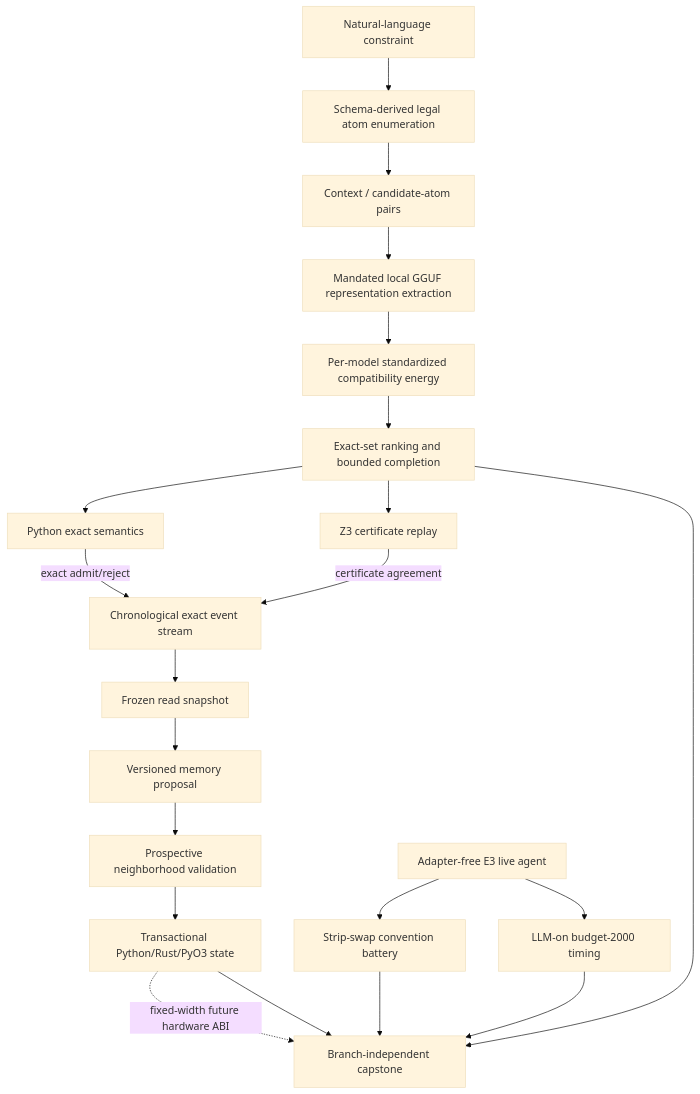
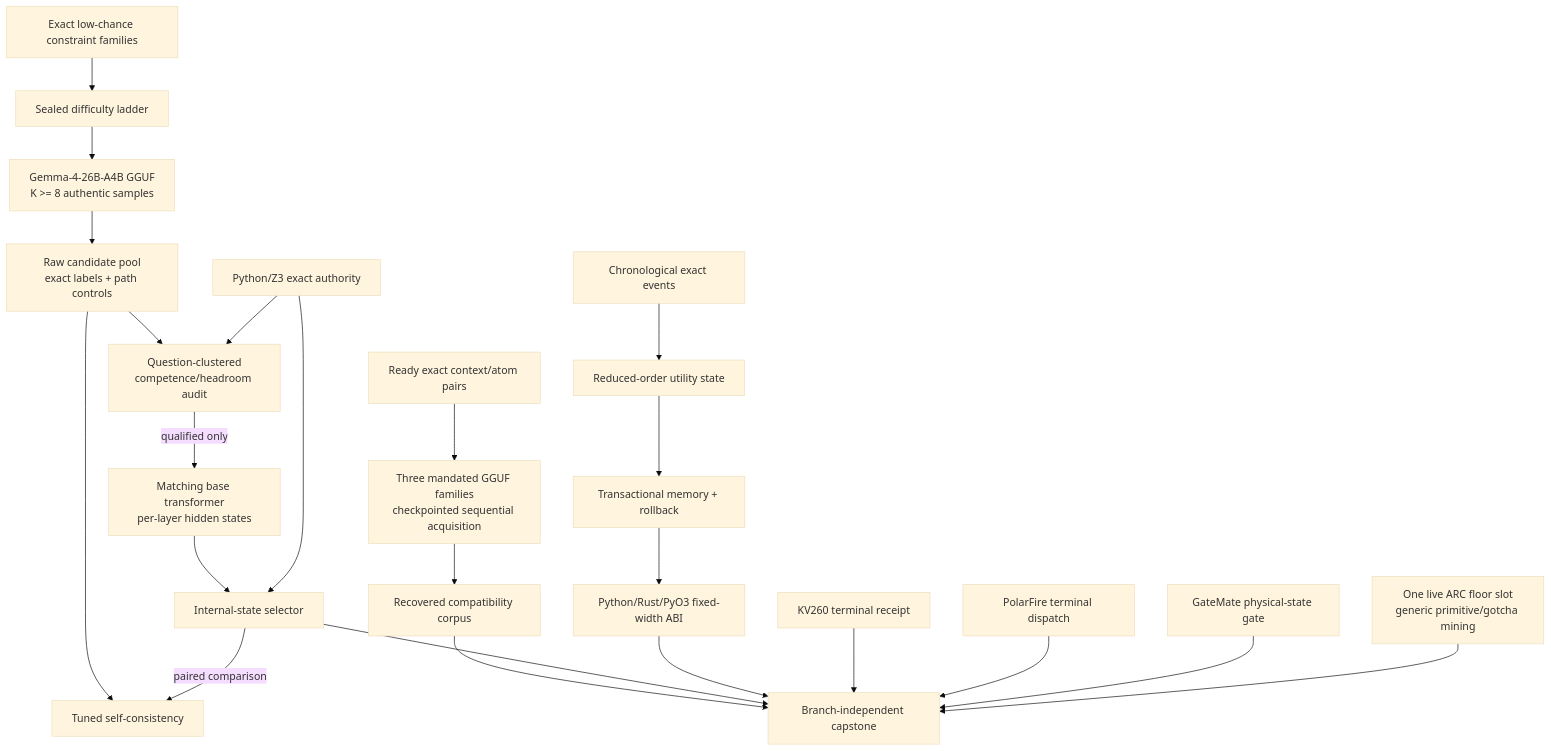
Before and after one commit to Carnot-EBM/carnot-ebm: the diagram in openspec/change-proposals/research-roadmap-vNEXT.md, drawn with Mermaid (base theme). The commit also changed other lines of this file and 7 other files, not shown here.

````diff
--- a/openspec/change-proposals/research-roadmap-vNEXT.md
+++ b/openspec/change-proposals/research-roadmap-vNEXT.md
@@ -86,32 +102,45 @@
 ```mermaid
 flowchart TD
-    NL[Natural-language constraint]
-    ENUM[Schema-derived legal atom enumeration]
-    PAIR[Context / candidate-atom pairs]
-    GGUF[Mandated local GGUF representation extraction]
-    ENERGY[Per-model standardized compatibility energy]
-    SET[Exact-set ranking and bounded completion]
-    PY[Python exact semantics]
-    Z3[Z3 certificate replay]
-    EVENT[Chronological exact event stream]
-    SNAP[Frozen read snapshot]
-    PROPOSE[Versioned memory proposal]
-    FUTURE[Prospective neighborhood validation]
-    STATE[Transactional Python/Rust/PyO3 state]
-    ARC[Adapter-free E3 live agent]
-    STRIP[Strip-swap convention battery]
-    BUDGET[LLM-on budget-2000 timing]
+    FIX[Exact low-chance constraint families]
+    LADDER[Sealed difficulty ladder]
+    GGUF[Gemma-4-26B-A4B GGUF\nK >= 8 authentic samples]
+    POOL[Raw candidate pool\nexact labels + path controls]
+    AUDIT[Question-clustered\ncompetence/headroom audit]
+    BASE[Matching base transformer\nper-layer hidden states]
+    SELECT[Internal-state selector]
+    SC[Tuned self-consistency]
+    EXACT[Python/Z3 exact authority]
+
+    PAIR[Ready exact context/atom pairs]
+    THREE[Three mandated GGUF families\ncheckpointed sequential acquisition]
+    ATOMS[Recovered compatibility corpus]
+
+    EVENTS[Chronological exact events]
+    ROU[Reduced-order utility state]
+    TX[Transactional memory + rollback]
+    ABI[Python/Rust/PyO3 fixed-width ABI]
+
+    KV[KV260 terminal receipt]
+    PF[PolarFire terminal dispatch]
+    GM[GateMate physical-state gate]
+    ARC[One live ARC floor slot\ngeneric primitive/gotcha mining]
     CAP[Branch-independent capstone]
 
-    NL --> ENUM --> PAIR --> GGUF --> ENERGY --> SET
-    SET --> PY
-    SET --> Z3
-    PY -->|exact admit/reject| EVENT
-    Z3 -->|certificate agreement| EVENT
-    EVENT --> SNAP --> PROPOSE --> FUTURE --> STATE
-    STATE -. fixed-width future hardware ABI .-> CAP
-    ARC --> STRIP --> CAP
-    ARC --> BUDGET --> CAP
-    SET --> CAP
-    STATE --> CAP
+    FIX --> LADDER --> GGUF --> POOL --> AUDIT
+    AUDIT -->|qualified only| BASE --> SELECT
+    POOL --> SC
+    EXACT --> AUDIT
+    EXACT --> SELECT
+    SELECT -->|paired comparison| SC
+
+    PAIR --> THREE --> ATOMS
+    EVENTS --> ROU --> TX --> ABI
+
+    ATOMS --> CAP
+    SELECT --> CAP
+    ABI --> CAP
+    KV --> CAP
+    PF --> CAP
+    GM --> CAP
+    ARC --> CAP
 ```
````
